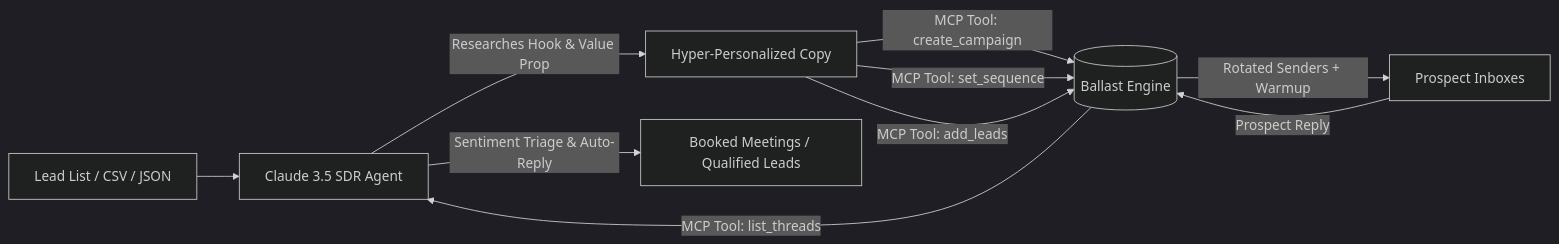
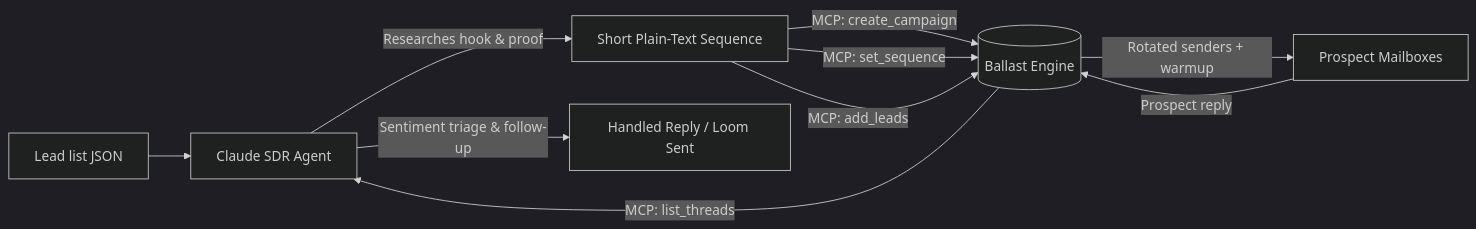
The diagram in README.md (useballast/claude-cold-email-agent), drawn with Mermaid (dark theme) before and after one commit. The commit also changed other lines of this file and 2 other files, not shown here.

Commit message:
style: align voice with Ballast 'bosun' guidelines (calm, direct, zero hype)

````diff
--- a/README.md
+++ b/README.md
@@ -30,12 +28,12 @@
 ```mermaid
 flowchart LR
-    A[Lead List / CSV / JSON] --> B[Claude 3.5 SDR Agent]
-    B -->|Researches Hook & Value Prop| C[Hyper-Personalized Copy]
-    C -->|MCP Tool: create_campaign| D[(Ballast Engine)]
-    C -->|MCP Tool: set_sequence| D
-    C -->|MCP Tool: add_leads| D
-    D -->|Rotated Senders + Warmup| E[Prospect Inboxes]
-    E -->|Prospect Reply| D
-    D -->|MCP Tool: list_threads| B
-    B -->|Sentiment Triage & Auto-Reply| F[Booked Meetings / Qualified Leads]
+    A[Lead list JSON] --> B[Claude SDR Agent]
+    B -->|Researches hook & proof| C[Short Plain-Text Sequence]
+    C -->|MCP: create_campaign| D[(Ballast Engine)]
+    C -->|MCP: set_sequence| D
+    C -->|MCP: add_leads| D
+    D -->|Rotated senders + warmup| E[Prospect Mailboxes]
+    E -->|Prospect reply| D
+    D -->|MCP: list_threads| B
+    B -->|Sentiment triage & follow-up| F[Handled Reply / Loom Sent]
 ```
````
